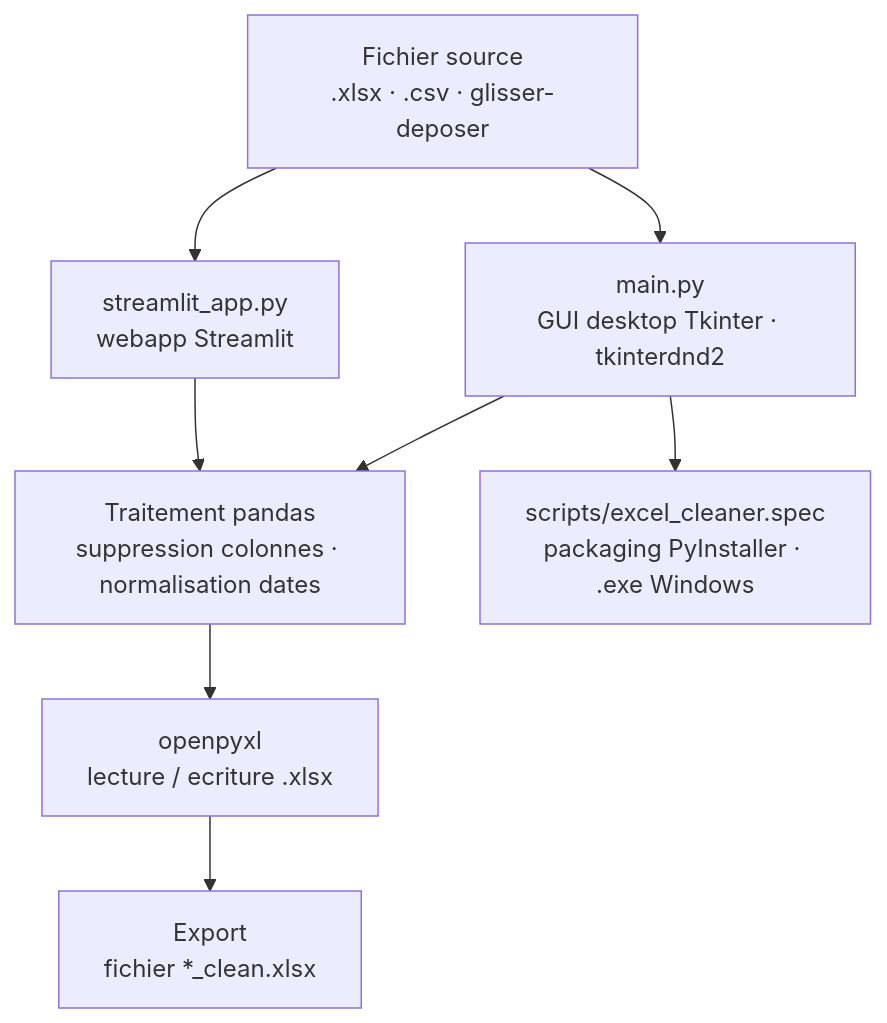
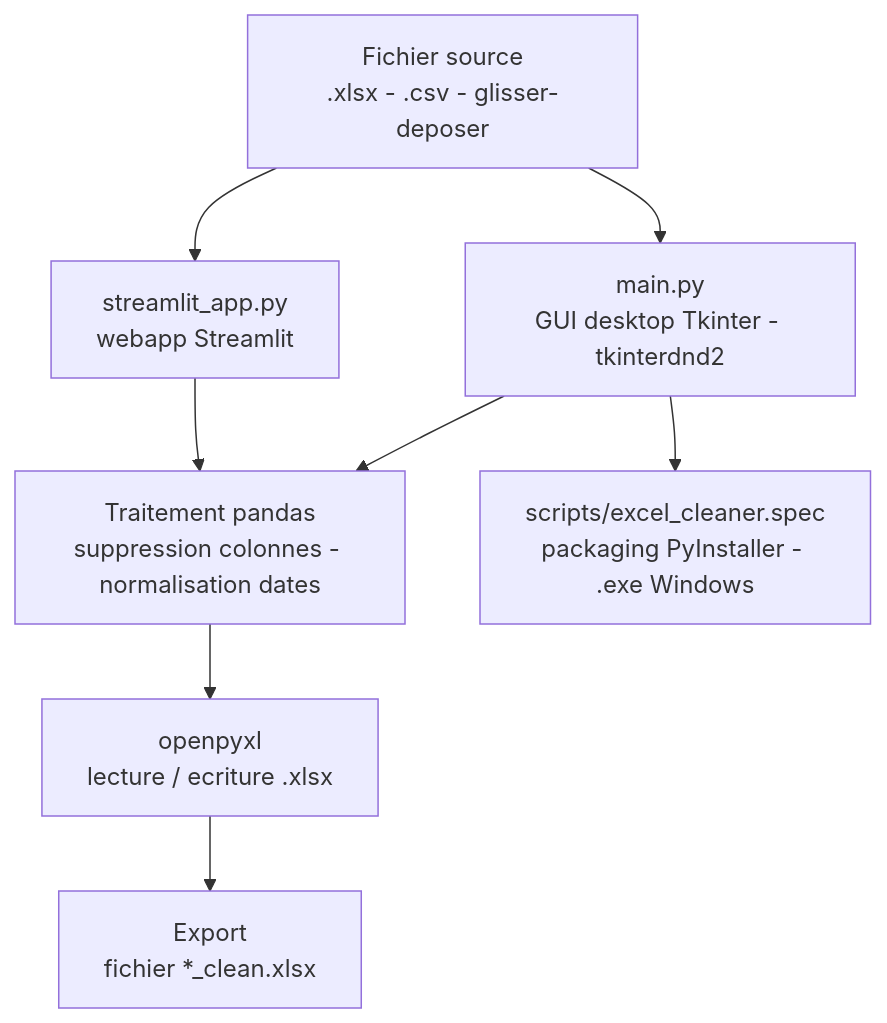
The diagram in README.md (Adam-Blf/ExecelCleaner), drawn with Mermaid before and after one commit. The commit also changed other lines of this file, not shown here.

Commit message:
docs: typography pass, no em dash or middle dot (#1)

````diff
--- a/README.md
+++ b/README.md
@@ -18,17 +18,17 @@
 ```mermaid
 flowchart TB
-    A["Fichier source<br/>.xlsx · .csv · glisser-deposer"]
-    B["main.py<br/>GUI desktop Tkinter · tkinterdnd2"]
+    A["Fichier source<br/>.xlsx - .csv - glisser-deposer"]
+    B["main.py<br/>GUI desktop Tkinter - tkinterdnd2"]
     C["streamlit_app.py<br/>webapp Streamlit"]
-    D["Traitement pandas<br/>suppression colonnes · normalisation dates"]
+    D["Traitement pandas<br/>suppression colonnes - normalisation dates"]
     E["openpyxl<br/>lecture / ecriture .xlsx"]
     F["Export<br/>fichier *_clean.xlsx"]
-    G["scripts/excel_cleaner.spec<br/>packaging PyInstaller · .exe Windows"]
+    G["scripts/excel_cleaner.spec<br/>packaging PyInstaller - .exe Windows"]
     A --> B
     A --> C
     B --> D
     C --> D
     D --> E
     E --> F
     B --> G
 ```
````
